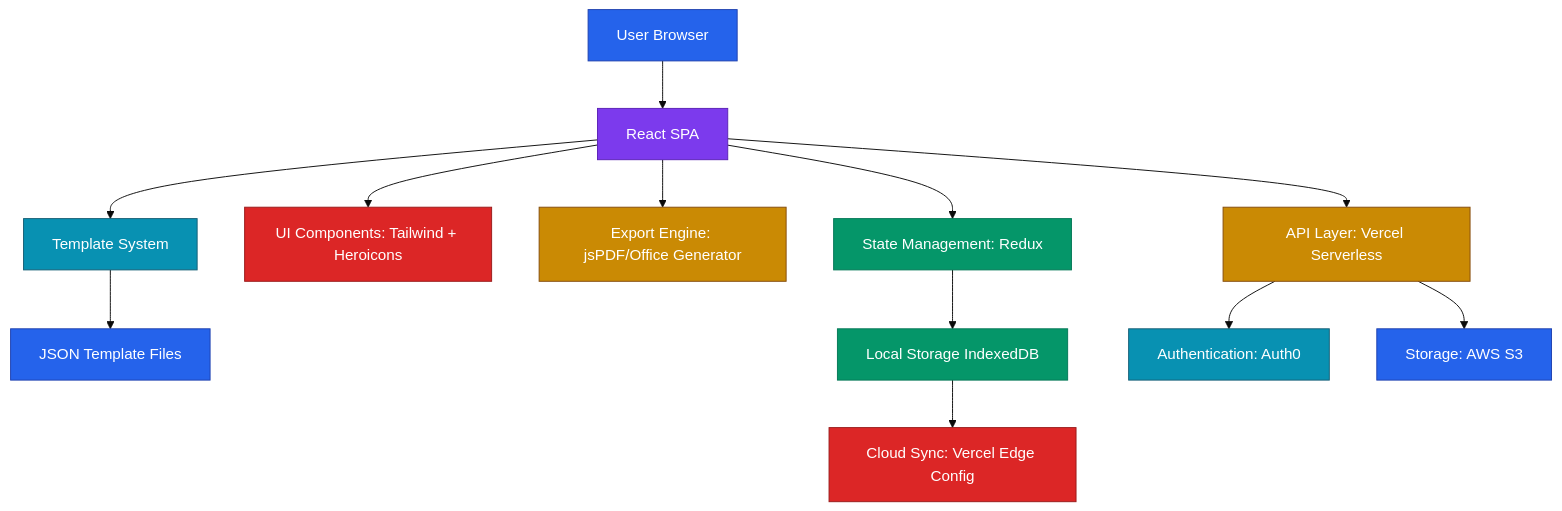
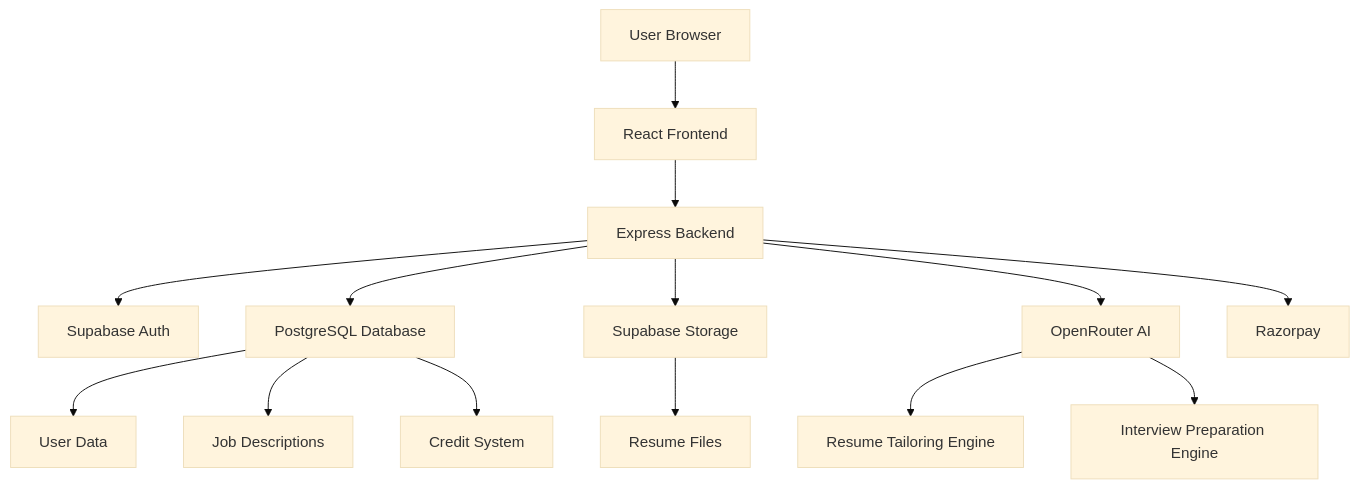
The diagram in README.md (Sooraj-Suresh-Dev/CV-Editor), drawn with Mermaid (base theme) before and after one commit. The commit also changed other lines of this file, not shown here.

````diff
--- a/README.md
+++ b/README.md
@@ -46,26 +157,24 @@
 ```mermaid
 graph TD
-    A[User Browser] --> B[React SPA]
-    B --> C[State Management: Redux]
-    B --> D[UI Components: Tailwind + Heroicons]
-    B --> E[Export Engine: jsPDF/Office Generator]
-    B --> F[Template System]
-    F --> G[JSON Template Files]
-    C --> H[Local Storage IndexedDB]
-    H --> I[Cloud Sync: Vercel Edge Config]
-    B --> J[API Layer: Vercel Serverless]
-    J --> K[Authentication: Auth0]
-    J --> L[Storage: AWS S3]
-    style A fill:#2563eb,color:#ffffff,stroke:#1e40af
-    style B fill:#7c3aed,color:#ffffff,stroke:#5b21b6
-    style C fill:#059669,color:#ffffff,stroke:#047857
-    style D fill:#dc2626,color:#ffffff,stroke:#991b1b
-    style E fill:#ca8a04,color:#ffffff,stroke:#854d0e
-    style F fill:#0891b2,color:#ffffff,stroke:#155e75
-    style G fill:#2563eb,color:#ffffff,stroke:#1e40af
-    style H fill:#059669,color:#ffffff,stroke:#047857
-    style I fill:#dc2626,color:#ffffff,stroke:#991b1b
-    style J fill:#ca8a04,color:#ffffff,stroke:#854d0e
-    style K fill:#0891b2,color:#ffffff,stroke:#155e75
-    style L fill:#2563eb,color:#ffffff,stroke:#1e40af
+
+A[User Browser]
+
+A --> B[React Frontend]
+B --> C[Express Backend]
+
+C --> D[Supabase Auth]
+C --> E[PostgreSQL Database]
+C --> F[Supabase Storage]
+
+C --> G[OpenRouter AI]
+C --> H[Razorpay]
+
+G --> I[Resume Tailoring Engine]
+G --> J[Interview Preparation Engine]
+
+E --> K[User Data]
+E --> L[Job Descriptions]
+E --> M[Credit System]
+
+F --> N[Resume Files]
 ```
````
